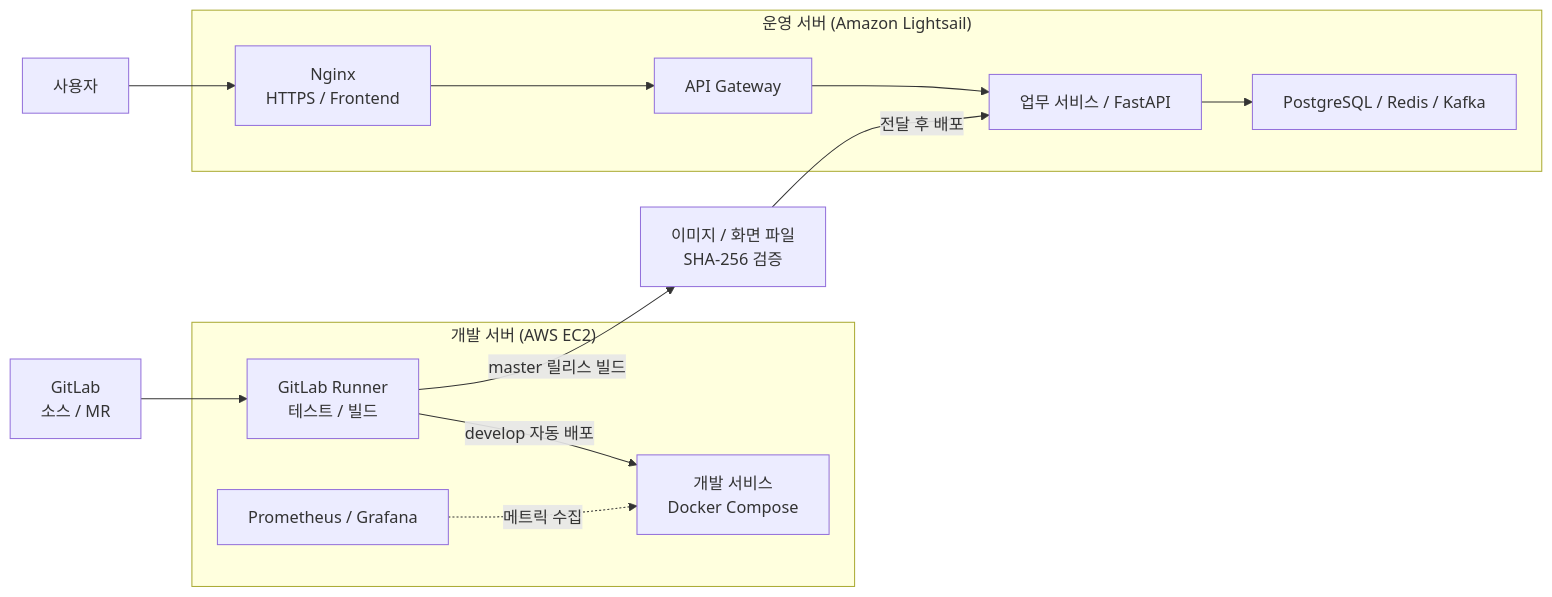
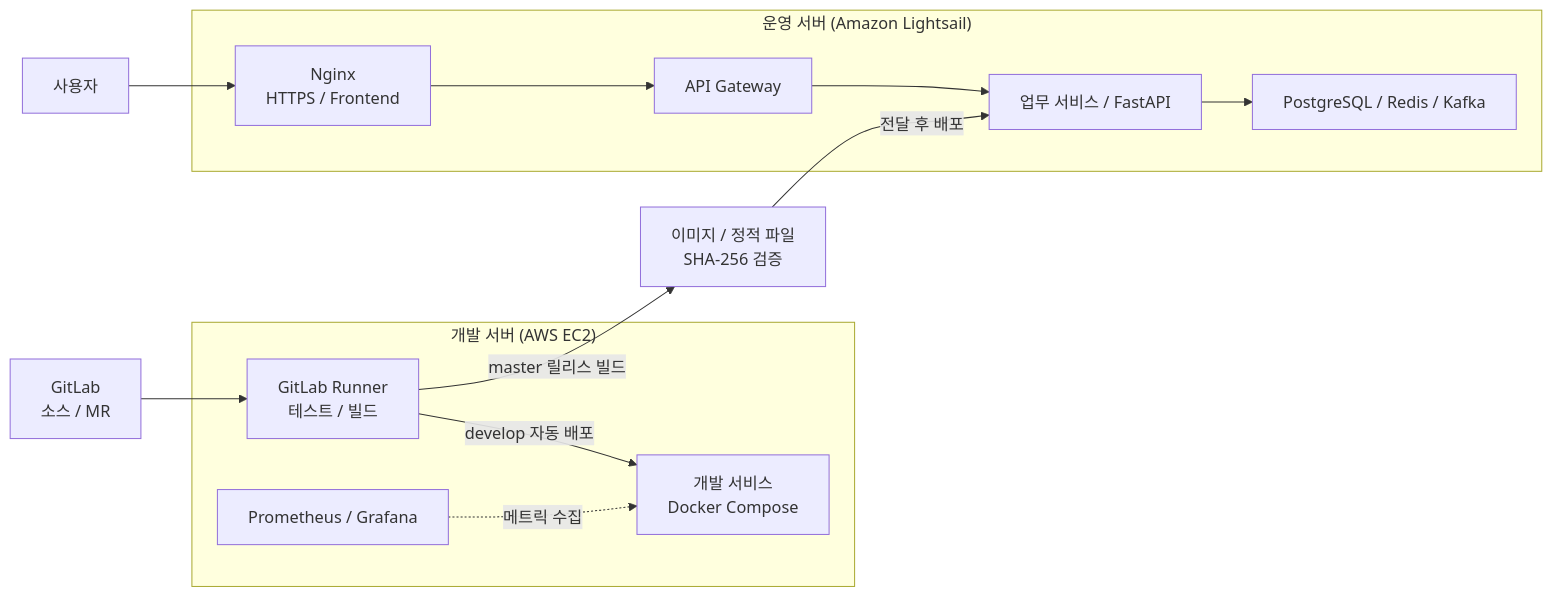
Before and after one commit to doljeen/NEXA-ERP: the diagram in README.md, drawn with Mermaid. The commit also changed other lines of this file and 2 other files, not shown here.

````diff
--- a/README.md
+++ b/README.md
@@ -237,19 +232,19 @@
 ```mermaid
 flowchart LR
     GitLab["GitLab<br>소스 / MR"] --> DevCI
     subgraph Dev["개발 서버 (AWS EC2)"]
         DevCI["GitLab Runner<br>테스트 / 빌드"]
         DevApp["개발 서비스<br>Docker Compose"]
         Metrics["Prometheus / Grafana"]
         DevCI -->|"develop 자동 배포"| DevApp
         Metrics -.->|"메트릭 수집"| DevApp
     end
-    DevCI -->|"master 릴리스 빌드"| Release["이미지 / 화면 파일<br>SHA-256 검증"]
+    DevCI -->|"master 릴리스 빌드"| Release["이미지 / 정적 파일<br>SHA-256 검증"]
     Release -->|"전달 후 배포"| ProdApp
     subgraph Prod["운영 서버 (Amazon Lightsail)"]
         Nginx["Nginx<br>HTTPS / Frontend"] --> Gateway["API Gateway"]
         Gateway --> ProdApp["업무 서비스 / FastAPI"]
         ProdApp --> Data["PostgreSQL / Redis / Kafka"]
     end
     Browser["사용자"] --> Nginx
 ```
````
